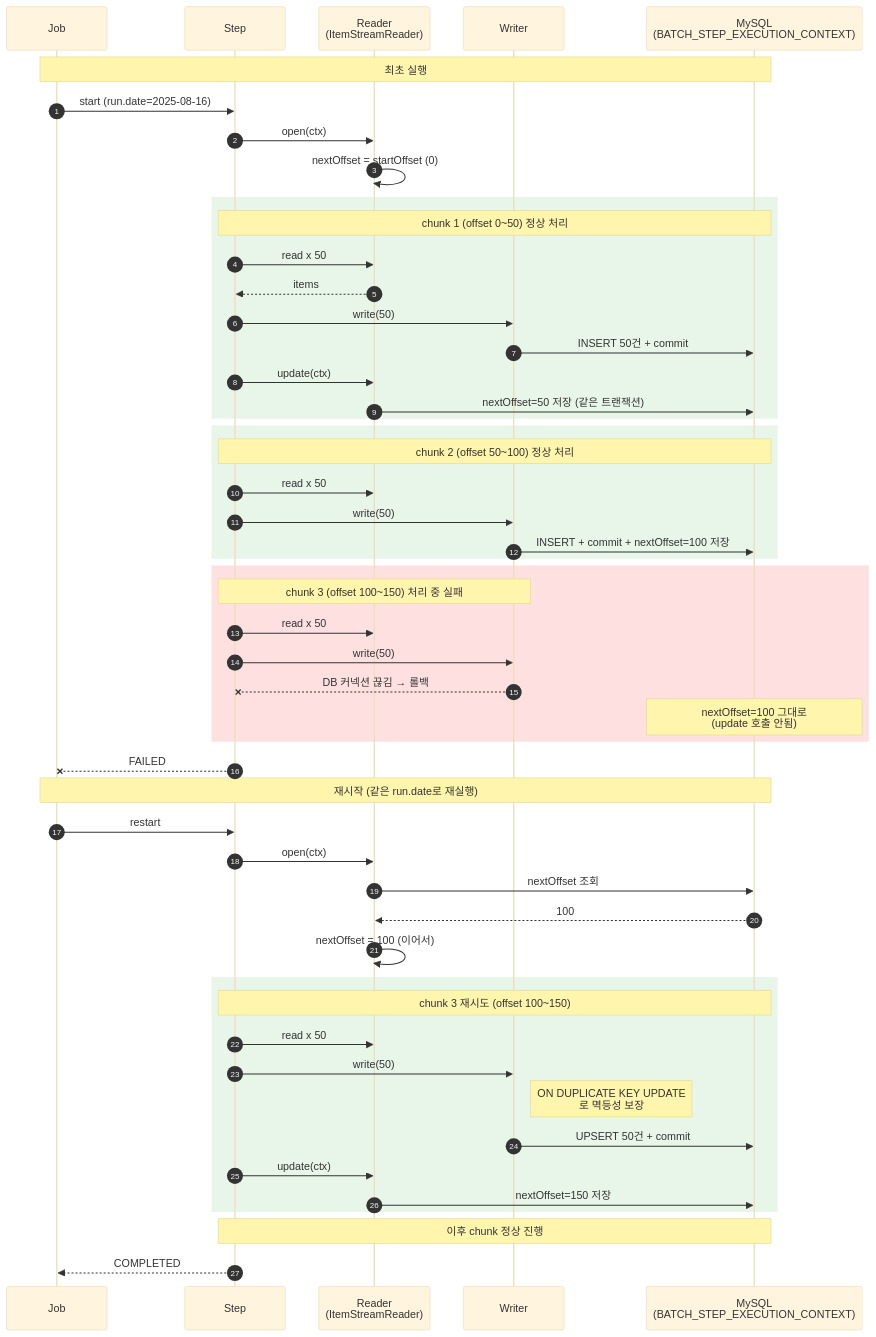
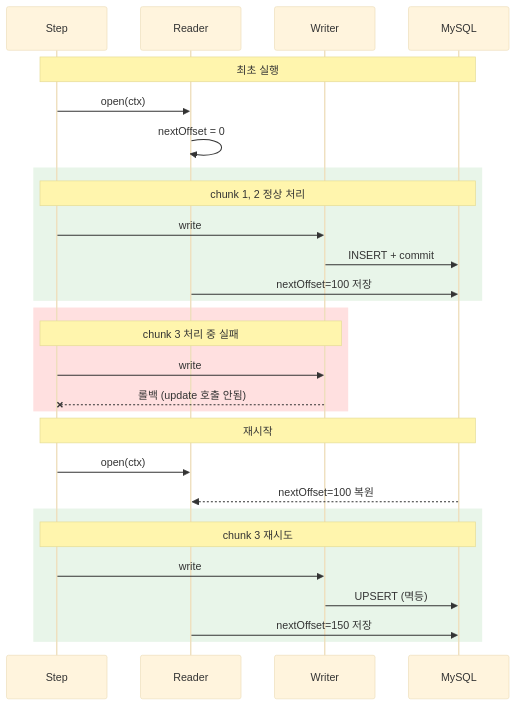
Before and after one commit to greensnapback0229/greensnapback0229.github.io: the diagram in _posts/rebalance_retry_sequence.mmd, drawn with Mermaid (base theme). The commit also changed 1 other file, not shown here.

```diff
--- a/_posts/rebalance_retry_sequence.mmd
+++ b/_posts/rebalance_retry_sequence.mmd
@@ -1,60 +1,34 @@
 sequenceDiagram
-    autonumber
-    participant J as Job
     participant S as Step
-    participant R as Reader<br/>(ItemStreamReader)
+    participant R as Reader
     participant W as Writer
-    participant DB as MySQL<br/>(BATCH_STEP_EXECUTION_CONTEXT)
+    participant DB as MySQL
 
-    Note over J,DB: 최초 실행
-    J->>S: start (run.date=2025-08-16)
+    Note over S,DB: 최초 실행
     S->>R: open(ctx)
-    R->>R: nextOffset = startOffset (0)
+    R->>R: nextOffset = 0
 
     rect rgb(232, 245, 233)
-    Note over S,DB: chunk 1 (offset 0~50) 정상 처리
-    S->>R: read x 50
-    R-->>S: items
-    S->>W: write(50)
-    W->>DB: INSERT 50건 + commit
-    S->>R: update(ctx)
-    R->>DB: nextOffset=50 저장 (같은 트랜잭션)
-    end
-
-    rect rgb(232, 245, 233)
-    Note over S,DB: chunk 2 (offset 50~100) 정상 처리
-    S->>R: read x 50
-    S->>W: write(50)
-    W->>DB: INSERT + commit + nextOffset=100 저장
+    Note over S,DB: chunk 1, 2 정상 처리
+    S->>W: write
+    W->>DB: INSERT + commit
+    R->>DB: nextOffset=100 저장
     end
 
     rect rgb(255, 224, 224)
-    Note over S,W: chunk 3 (offset 100~150) 처리 중 실패
-    S->>R: read x 50
-    S->>W: write(50)
-    W--xS: DB 커넥션 끊김 → 롤백
-    Note over DB: nextOffset=100 그대로<br/>(update 호출 안됨)
+    Note over S,W: chunk 3 처리 중 실패
+    S->>W: write
+    W--xS: 롤백 (update 호출 안됨)
     end
 
-    S--xJ: FAILED
+    Note over S,DB: 재시작
 
-    Note over J,DB: 재시작 (같은 run.date로 재실행)
-
-    J->>S: restart
     S->>R: open(ctx)
-    R->>DB: nextOffset 조회
-    DB-->>R: 100
-    R->>R: nextOffset = 100 (이어서)
+    DB-->>R: nextOffset=100 복원
 
     rect rgb(232, 245, 233)
-    Note over S,DB: chunk 3 재시도 (offset 100~150)
-    S->>R: read x 50
-    S->>W: write(50)
-    Note right of W: ON DUPLICATE KEY UPDATE<br/>로 멱등성 보장
-    W->>DB: UPSERT 50건 + commit
-    S->>R: update(ctx)
+    Note over S,DB: chunk 3 재시도
+    S->>W: write
+    W->>DB: UPSERT (멱등)
     R->>DB: nextOffset=150 저장
     end
-
-    Note over S,DB: 이후 chunk 정상 진행
-    S-->>J: COMPLETED
```
